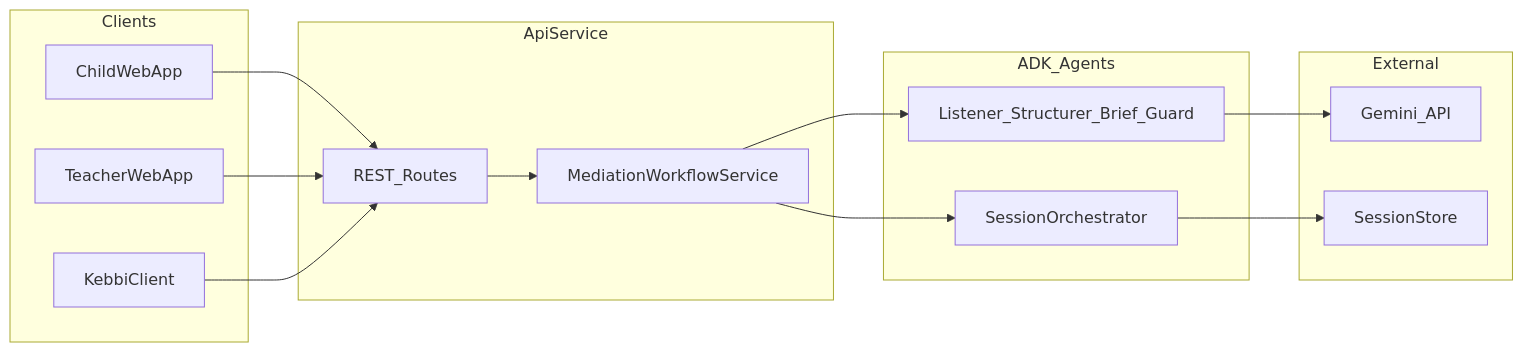
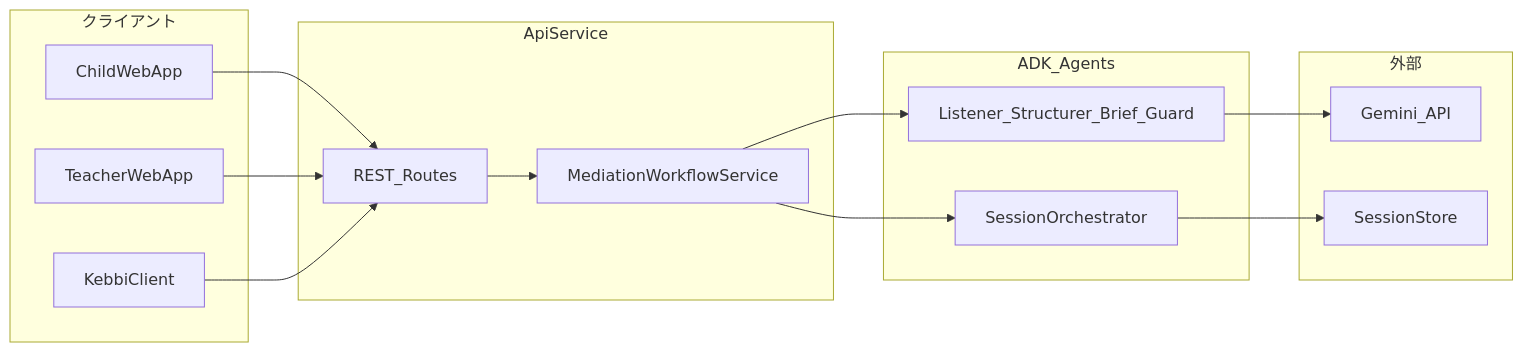
One commit to satoshi-maemoto/nakanaori-agent changed the diagram in aidlc-docs/inception/application-design/component-dependency.md. Above: the diagram before and after it, drawn with Mermaid. The commit also changed other lines of this file and 27 other files, not shown here.

````diff
--- a/aidlc-docs/inception/application-design/component-dependency.md
+++ b/aidlc-docs/inception/application-design/component-dependency.md
@@ -20,32 +20,32 @@
 ```mermaid
 flowchart LR
-    subgraph clients [Clients]
+    subgraph clients [クライアント]
         ChildUI[ChildWebApp]
         TeacherUI[TeacherWebApp]
         Kebbi[KebbiClient]
     end
 
     subgraph api [ApiService]
         Routes[REST_Routes]
         Workflow[MediationWorkflowService]
     end
 
     subgraph agents [ADK_Agents]
         Orchestrator[SessionOrchestrator]
         Agents[Listener_Structurer_Brief_Guard]
     end
 
-    subgraph external [External]
+    subgraph external [外部]
         Gemini[Gemini_API]
         Store[SessionStore]
     end
 
     ChildUI --> Routes
     TeacherUI --> Routes
     Kebbi --> Routes
     Routes --> Workflow
     Workflow --> Orchestrator
     Workflow --> Agents
     Orchestrator --> Store
     Agents --> Gemini
 ```
````
